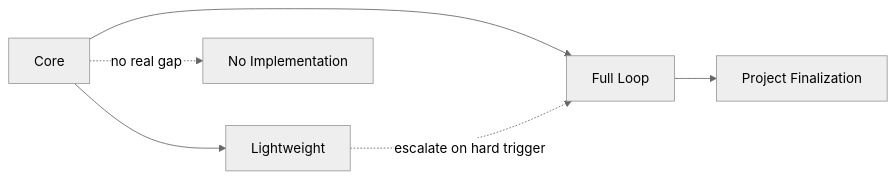
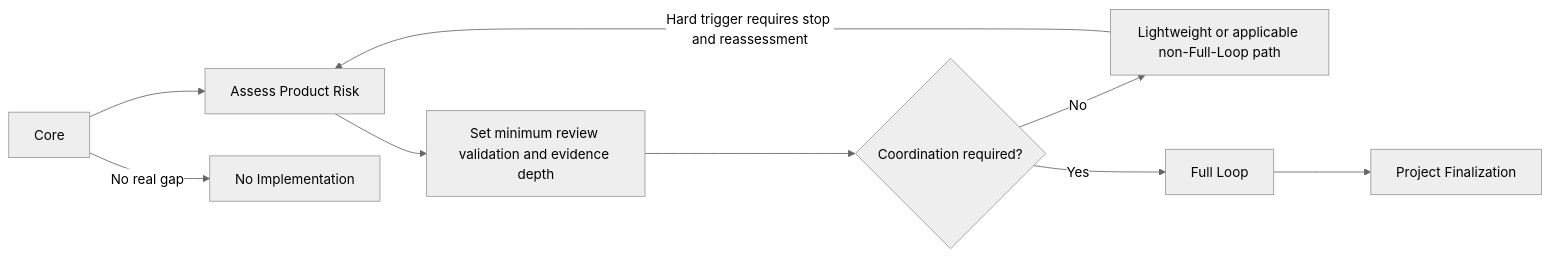
The diagram in docs/protocol-load-profiles.md (tutict/LoopPilot), drawn with Mermaid (neutral theme) before and after one commit. The commit also changed other lines of this file and 63 other files, not shown here.

````diff
--- a/docs/protocol-load-profiles.md
+++ b/docs/protocol-load-profiles.md
@@ -10,8 +10,11 @@
 ```mermaid
 flowchart LR
-    C[Core] --> L[Lightweight]
-    C --> F[Full Loop]
+    C[Core] --> R[Assess Product Risk]
+    R --> V[Set minimum review validation and evidence depth]
+    V --> Q{Coordination required?}
+    Q -->|No| L[Lightweight or applicable non-Full-Loop path]
+    Q -->|Yes| F[Full Loop]
     F --> P[Project Finalization]
-    L -. escalate on hard trigger .-> F
-    C -. no real gap .-> N[No Implementation]
+    L -->|Hard trigger requires stop and reassessment| R
+    C -->|No real gap| N[No Implementation]
 ```
````
